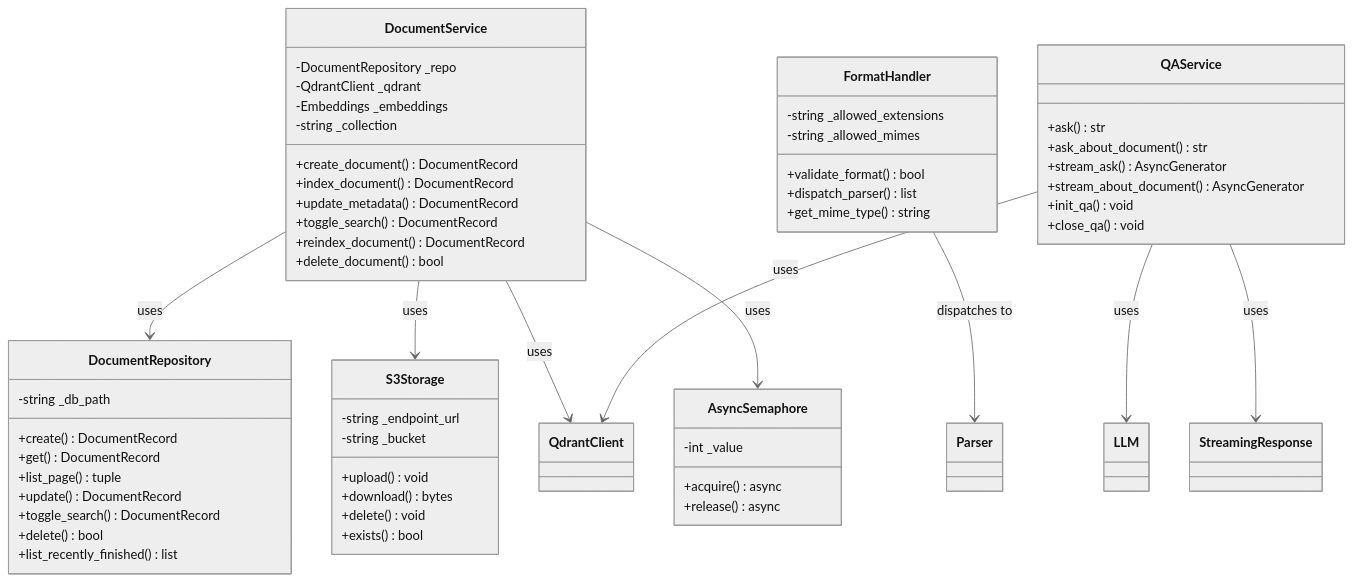
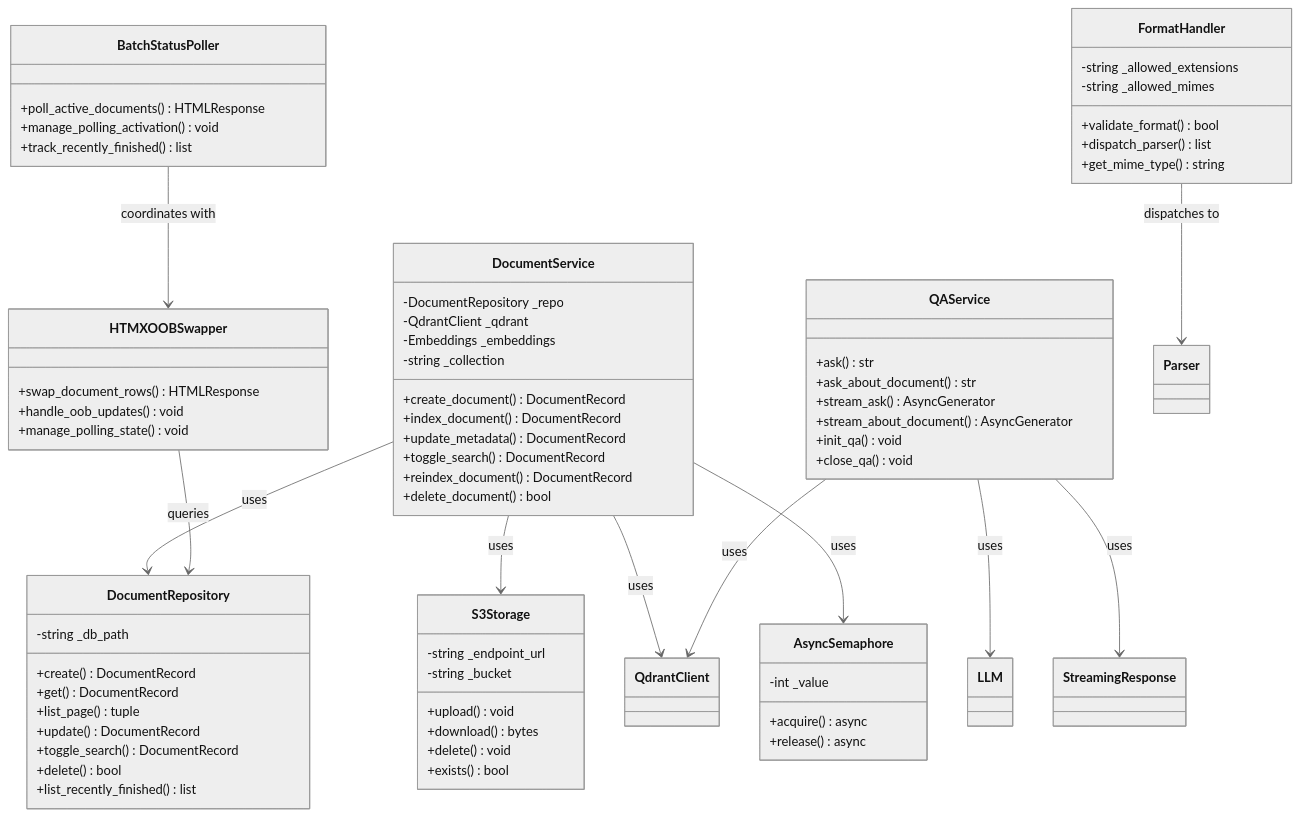
Before and after one commit to ognelis/cafetera_hr_bot: the third of 26 diagrams in .qoder/repowiki/en/content/Document Management System.md, drawn with Mermaid (neutral theme). The commit also changed other lines of this file and 22 other files, not shown here.

````diff
--- a/.qoder/repowiki/en/content/Document Management System.md
+++ b/.qoder/repowiki/en/content/Document Management System.md
@@ -263,61 +278,73 @@
 ```mermaid
 classDiagram
 class DocumentService {
 -DocumentRepository _repo
 -QdrantClient _qdrant
 -Embeddings _embeddings
 -string _collection
 +create_document() DocumentRecord
 +index_document() DocumentRecord
 +update_metadata() DocumentRecord
 +toggle_search() DocumentRecord
 +reindex_document() DocumentRecord
 +delete_document() bool
 }
 class DocumentRepository {
 -string _db_path
 +create() DocumentRecord
 +get() DocumentRecord
 +list_page() tuple
 +update() DocumentRecord
 +toggle_search() DocumentRecord
 +delete() bool
 +list_recently_finished() list
 }
 class S3Storage {
 -string _endpoint_url
 -string _bucket
 +upload() void
 +download() bytes
 +delete() void
 +exists() bool
 }
 class FormatHandler {
 -string _allowed_extensions
 -string _allowed_mimes
 +validate_format() bool
 +dispatch_parser() list
 +get_mime_type() string
 }
 class AsyncSemaphore {
 -int _value
 +acquire() async
 +release() async
 }
 class QAService {
 +ask() str
 +ask_about_document() str
 +stream_ask() AsyncGenerator
 +stream_about_document() AsyncGenerator
 +init_qa() void
 +close_qa() void
 }
+class BatchStatusPoller {
++poll_active_documents() HTMLResponse
++manage_polling_activation() void
++track_recently_finished() list
+}
+class HTMXOOBSwapper {
++swap_document_rows() HTMLResponse
++handle_oob_updates() void
++manage_polling_state() void
+}
 DocumentService --> DocumentRepository : uses
 DocumentService --> S3Storage : uses
 DocumentService --> QdrantClient : uses
 DocumentService --> AsyncSemaphore : uses
 FormatHandler --> Parser : dispatches to
 QAService --> QdrantClient : uses
 QAService --> LLM : uses
 QAService --> StreamingResponse : uses
+BatchStatusPoller --> HTMXOOBSwapper : coordinates with
+HTMXOOBSwapper --> DocumentRepository : queries
 ```
````
